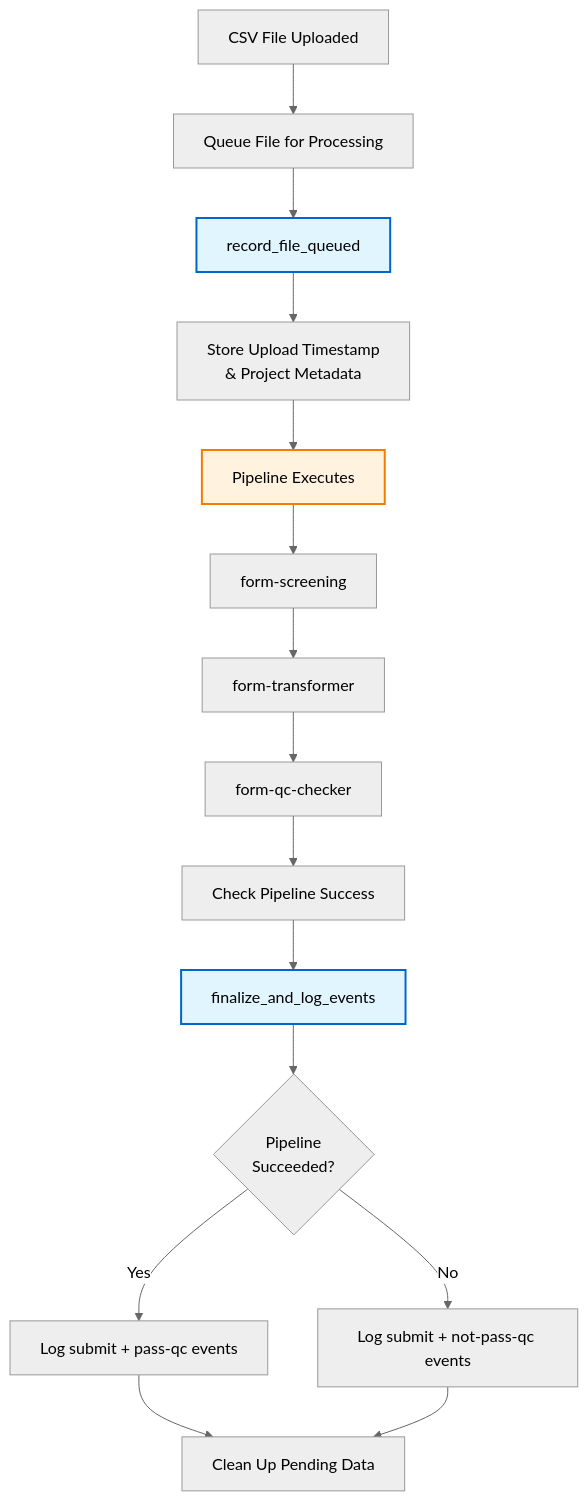
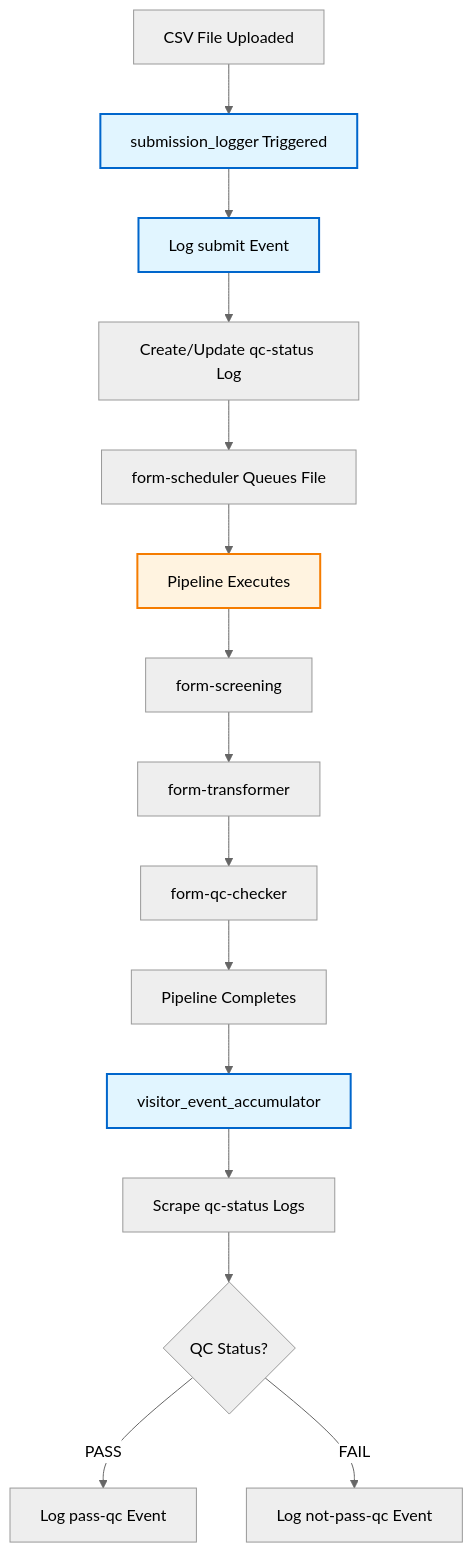
The second of 6 diagrams in docs/form_scheduler/event-logging.md (naccdata/flywheel-gear-extensions), drawn with Mermaid (neutral theme) before and after one commit. The commit also changed other lines of this file and 5 other files, not shown here.

````diff
--- a/docs/form_scheduler/event-logging.md
+++ b/docs/form_scheduler/event-logging.md
@@ -140,25 +142,25 @@
 ```mermaid
 flowchart TD
-    A[CSV File Uploaded] --> B[Queue File for Processing]
-    B --> C[record_file_queued]
-    C --> D[Store Upload Timestamp<br/>& Project Metadata]
+    A[CSV File Uploaded] --> B[submission_logger Triggered]
+    B --> C[Log submit Event]
+    C --> D[Create/Update qc-status Log]
     
-    D --> E[Pipeline Executes]
-    E --> F[form-screening]
-    F --> G[form-transformer]
-    G --> H[form-qc-checker]
+    D --> E[form-scheduler Queues File]
+    E --> F[Pipeline Executes]
+    F --> G[form-screening]
+    G --> H[form-transformer]
+    H --> I[form-qc-checker]
     
-    H --> I[Check Pipeline Success]
-    I --> J[finalize_and_log_events]
+    I --> J[Pipeline Completes]
+    J --> K[visitor_event_accumulator]
     
-    J --> K{Pipeline<br/>Succeeded?}
-    K -->|Yes| L[Log submit + pass-qc events]
-    K -->|No| M[Log submit + not-pass-qc events]
+    K --> L[Scrape qc-status Logs]
+    L --> M{QC Status?}
+    M -->|PASS| N[Log pass-qc Event]
+    M -->|FAIL| O[Log not-pass-qc Event]
     
-    L --> N[Clean Up Pending Data]
-    M --> N
-    
+    style B fill:#e1f5ff,stroke:#0066cc,stroke-width:2px
     style C fill:#e1f5ff,stroke:#0066cc,stroke-width:2px
-    style J fill:#e1f5ff,stroke:#0066cc,stroke-width:2px
-    style E fill:#fff3e0,stroke:#f57c00,stroke-width:2px
+    style K fill:#e1f5ff,stroke:#0066cc,stroke-width:2px
+    style F fill:#fff3e0,stroke:#f57c00,stroke-width:2px
 ```
````
